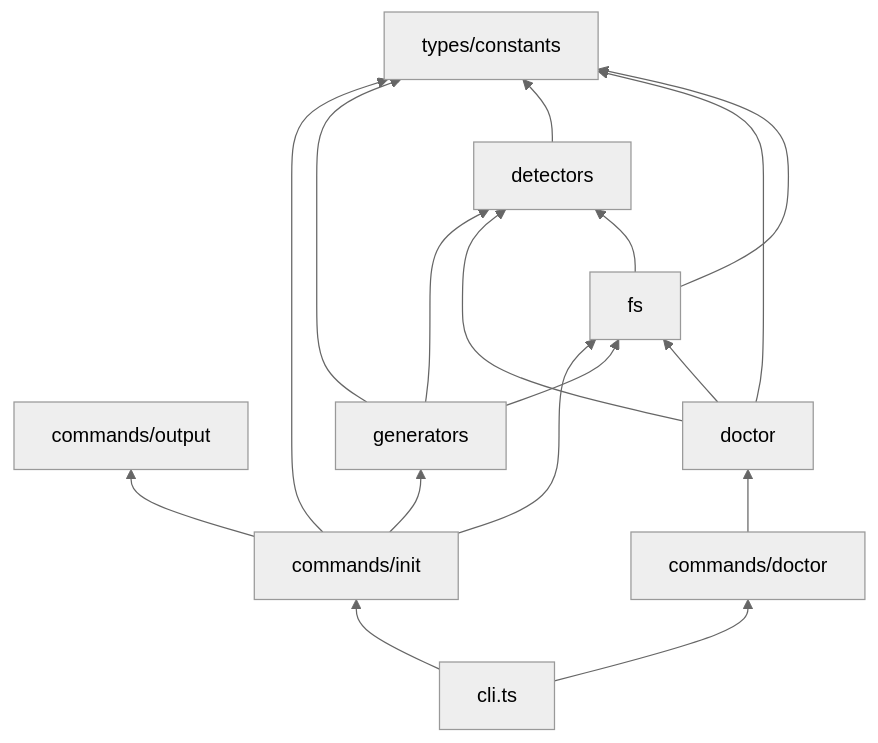
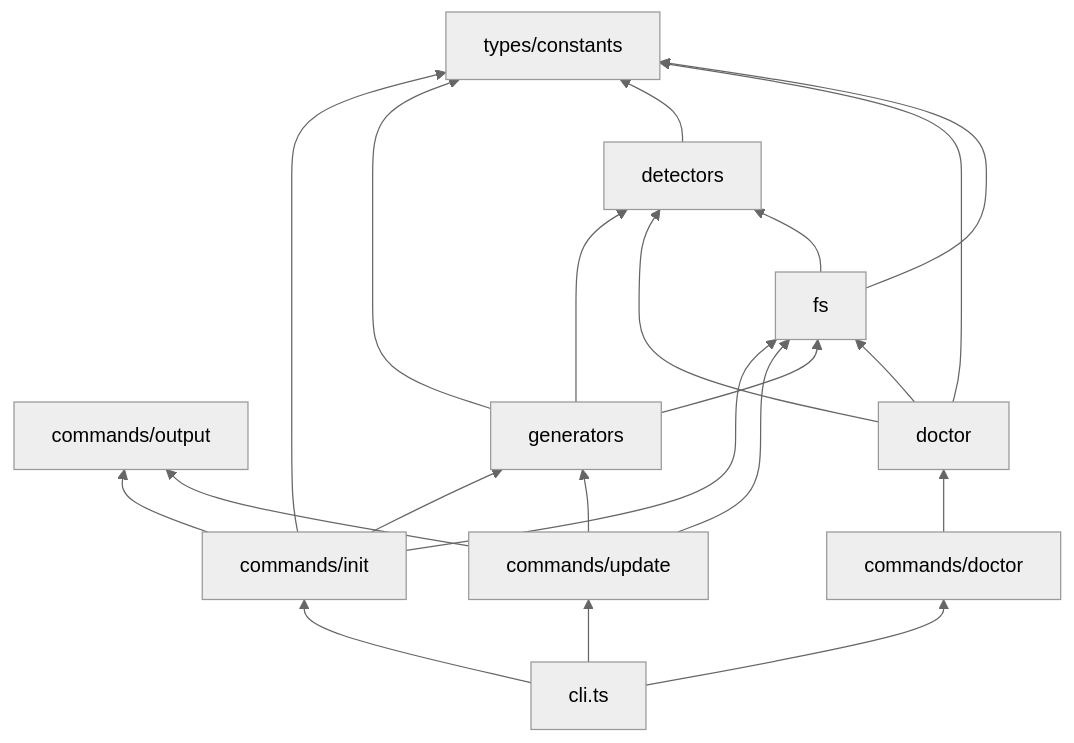
The diagram in doc/guide/ARCHITECTURE.md (LeMinhSang2k5/ready-for-agents), drawn with Mermaid (neutral theme) before and after one commit. The commit also changed other lines of this file and 48 other files, not shown here.

````diff
--- a/doc/guide/ARCHITECTURE.md
+++ b/doc/guide/ARCHITECTURE.md
@@ -33,29 +34,34 @@
 ```mermaid
 flowchart BT
   CLI[cli.ts]
   INIT[commands/init]
+  UPDATE[commands/update]
   DOC[commands/doctor]
   OUT[commands/output]
   GEN[generators]
   DET[detectors]
   FS[fs]
   DR[doctor]
   TYPES[types/constants]
 
   CLI --> INIT
+  CLI --> UPDATE
   CLI --> DOC
   INIT --> OUT
   INIT --> GEN
   INIT --> FS
+  UPDATE --> OUT
+  UPDATE --> GEN
+  UPDATE --> FS
   DOC --> DR
   GEN --> DET
   GEN --> FS
   DR --> DET
   DR --> FS
   FS --> DET
   INIT --> TYPES
   GEN --> TYPES
   DET --> TYPES
   DR --> TYPES
   FS --> TYPES
 ```
````
